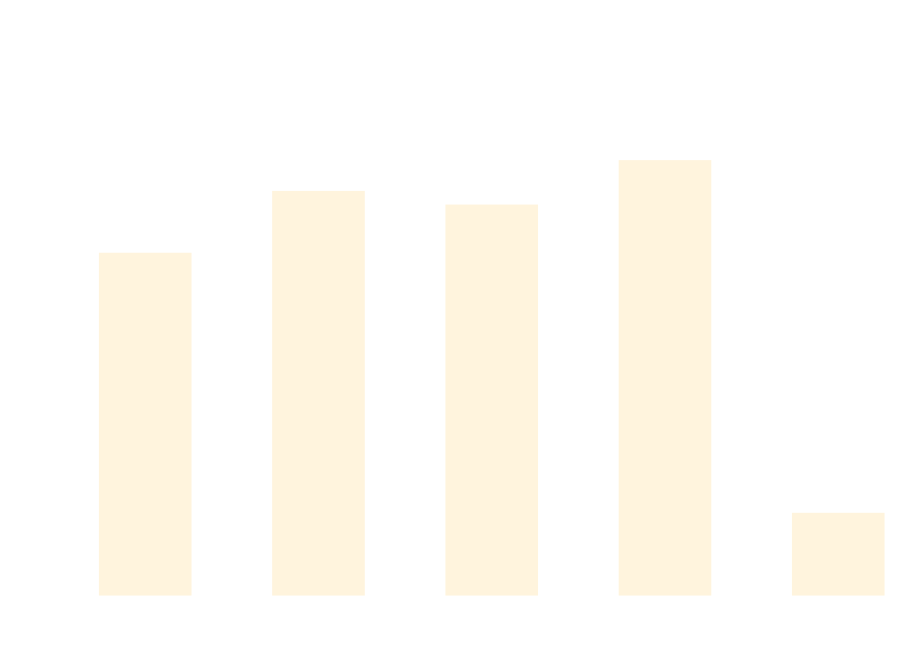
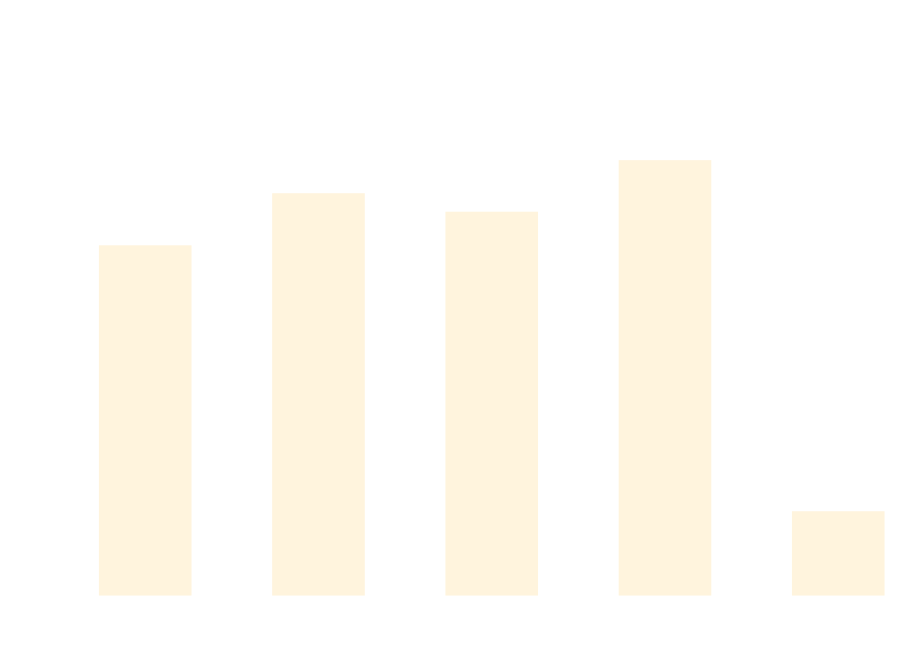
Before and after one commit to thomhurst/TUnit: the diagram in docs/docs/benchmarks/AsyncTests.md, drawn with Mermaid. The commit also changed other lines of this file and 17 other files, not shown here.

````diff
--- a/docs/docs/benchmarks/AsyncTests.md
+++ b/docs/docs/benchmarks/AsyncTests.md
@@ -27,37 +27,37 @@
 ```mermaid
 %%{init: {
   'theme':'base',
   'themeVariables': {
     'primaryColor': '#2563eb',
     'primaryTextColor': '#ffffff',
     'primaryBorderColor': '#1e40af',
     'lineColor': '#6b7280',
     'secondaryColor': '#7c3aed',
     'tertiaryColor': '#dc2626',
     'background': '#ffffff',
     'mainBkg': '#2563eb',
     'secondBkg': '#7c3aed',
     'tertiaryBkg': '#dc2626',
     'clusterBkg': '#f3f4f6',
     'edgeLabelBackground': '#ffffff',
     'tertiaryTextColor': '#1f2937',
     'pie1': '#2563eb',
     'pie2': '#7c3aed',
     'pie3': '#dc2626',
     'pie4': '#f59e0b',
     'pie5': '#10b981',
     'pie6': '#06b6d4',
     'pie7': '#ec4899',
     'pie8': '#6366f1',
     'pie9': '#84cc16',
     'pie10': '#f97316',
     'pie11': '#14b8a6',
     'pie12': '#a855f7'
   }
 }}%%
 xychart-beta
   title "AsyncTests Performance Comparison"
   x-axis ["TUnit", "NUnit", "MSTest", "xUnit3", "TUnit_AOT"]
-  y-axis "Time (ms)" 0 --> 864
-  bar [562.8, 667.3, 644.2, 719.3, 123.3]
+  y-axis "Time (ms)" 0 --> 853
+  bar [568, 654.9, 624.1, 710.1, 124.3]
 ```
````
